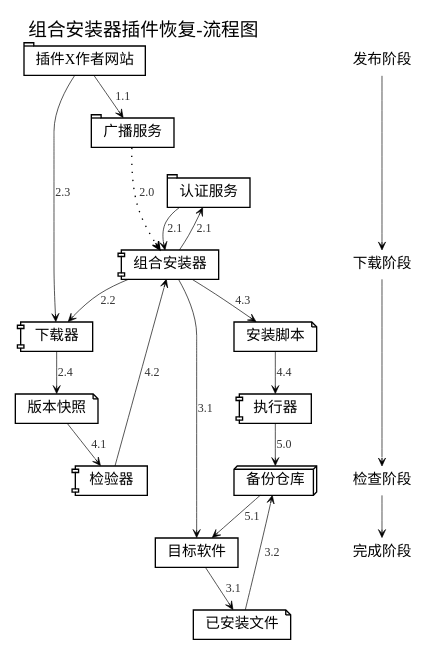
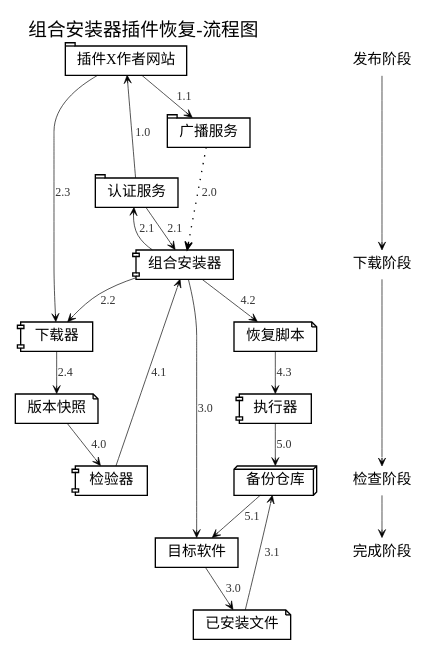
Before and after one commit to ZoomQuiet/zoomquiet.tangle: the diagram in dot/drm4k/lb-installer-revert.dot, drawn with Graphviz. The commit also changed 5 other files, not shown here.

```diff
--- a/dot/drm4k/lb-installer-revert.dot
+++ b/dot/drm4k/lb-installer-revert.dot
@@ -1,101 +1,102 @@
 ##在这里详述 SaJinshanReDeploy/MapIjinshanHg.
 ##在这里详述 GraphVizForMoin/DotLegend/BaseElements.
     /*生成命令:
 $ dot -Tpng lb-installer-revert.dot -o lb-installer-revert.png -Tcmapx -o lb-crx-roles.map
     全局设定
     plaintext
 {{{#!GraphViz dot
     */
 
 digraph G4LBmultiResRevert {
     /*全局设定*/
     graph [label="组合安装器插件恢复-流程图"
         ,fontsize=14.0
         ,fontname="WenQuanYi Micro Hei"
         ,labeljust="l",labelloc="t",center=1
         ,ranksep=0.3,center=1,ratio=compress
         ,rankdir=TB
         ];
 
     node[fontsize=11.0,height=0.3
         ,fontname="WenQuanYi Micro Hei"
         ,shape=component 
         ];
 
     edge [fontsize=9.0,fontcolor="#333333"
         ,fontname="WenQuanYi Micro Hei"
         ,arrowsize=0.6,arrowhead=vee,arrowtail=none
         ,style="setlinewidth(0.5)"
         ];
 /*
     src [label="源码",shape=ellipse,style="filled,dashed,setlinewidth(5)"
         ,color="#333333",fillcolor=dimgray
         ,URL="http://code.google.com/p/zoomquiet/source/browse/dot/obp/csdndr1-km.dot?repo=tangle"];
     /*图元声明
     start       [label="流程开始/结束",shape=point];
     end         [label="",shape=doublecircle,fillcolor=red];
 
     box         [label="实体/对象",shape=box];
     ellipse     [label="行动/节点",shape=ellipse];
     egg         [label="用户/人物",shape=egg];
     plaintext   [label="状态/属性",shape=plaintext,fillcolor=whitesmoke];
     diamond     [label="判别",shape=diamond];
     note        [label="注释",shape=note];
     tab         [label="目录/模块",shape=tab];
     db          [label="数据库",shape=box3d];
     component   [label="主机/组件",shape=component];
   ,style="rounded,dotted"];
 */
 
     srvX [label="插件X作者网站",shape=tab];
         upPacket [label="版本快照",shape=note];
     srvPUB [label="广播服务",shape=tab];
     srvAC [label="认证服务",shape=tab];
 
+        srvAC->srvX [label="1.0"];
         {srvX}->srvPUB [label="1.1"];
 
     aim [label="目标软件",shape=box];
         usageFiles [label="已安装文件",shape=note];
     
     installer [label="组合安装器"];
         dlagent [label="下载器"];
         chker [label="检验器"];
-        inScript [label="安装脚本",shape=note];
+        inScript [label="恢复脚本",shape=note];
         runner [label="执行器"];
         bkStore [label="备份仓库",shape=box3d];
 
-    srvPUB->installer [label="2.0",style="dotted"];
 
     /*图例关系
     */
 
+    srvPUB->installer [label="2.0",style="dotted"];
         installer->srvAC->installer [label="2.1"];
         installer->dlagent [label="2.2"];
         {srvX}->dlagent [label="2.3"];
         dlagent->upPacket [label="2.4"];
 
-        installer->aim->usageFiles[label="3.1"];
-        usageFiles->bkStore[label="3.2"];
+    installer->aim->usageFiles[label="3.0"];
+        usageFiles->bkStore[label="3.1"];
 
-        upPacket->chker[label="4.1"];
-        chker->installer[label="4.2"];
-        installer->inScript[label="4.3"];
-        inScript->runner[label="4.4"];
+    upPacket->chker[label="4.0"];
+        chker->installer[label="4.1"];
+        installer->inScript[label="4.2"];
+        inScript->runner[label="4.3"];
 
-        runner->bkStore [label="5.0"];
+    runner->bkStore [label="5.0"];
         bkStore->aim [label="5.1"];
 
     { rank=same; PUB    srvX; }
     { rank=same; DL     installer; }
     { rank=same; CHK    chker bkStore; }
     { rank=same; DONE   aim; }
 
     PUB[label="发布阶段",shape=plaintext];
     DL[label="下载阶段",shape=plaintext];
     CHK[label="检查阶段",shape=plaintext];
     DONE[label="完成阶段",shape=plaintext];
     PUB->DL->CHK->DONE;
     edge [style=invis];
         srvPUB->srvAC;
 
 }
```
